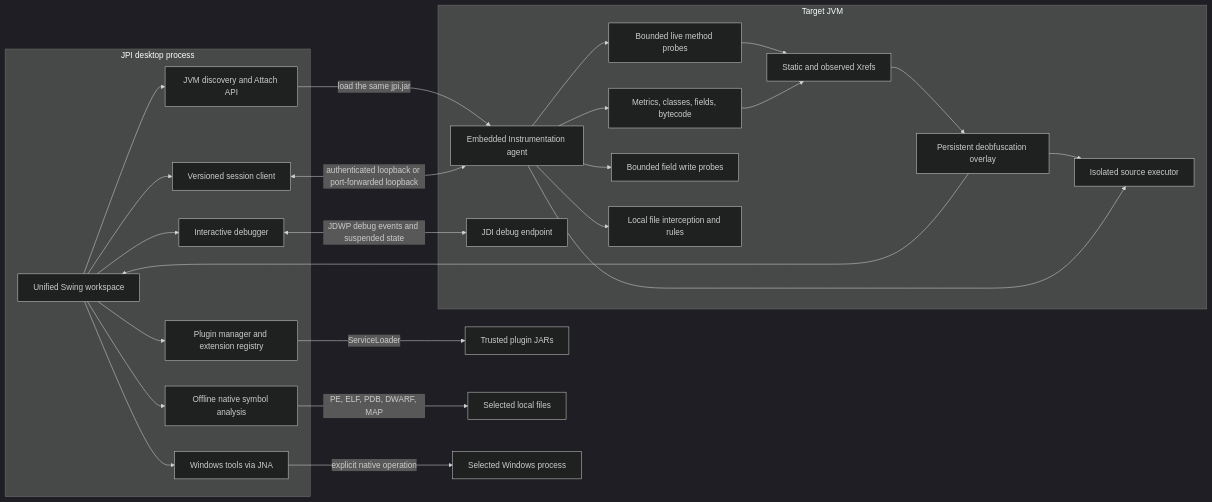
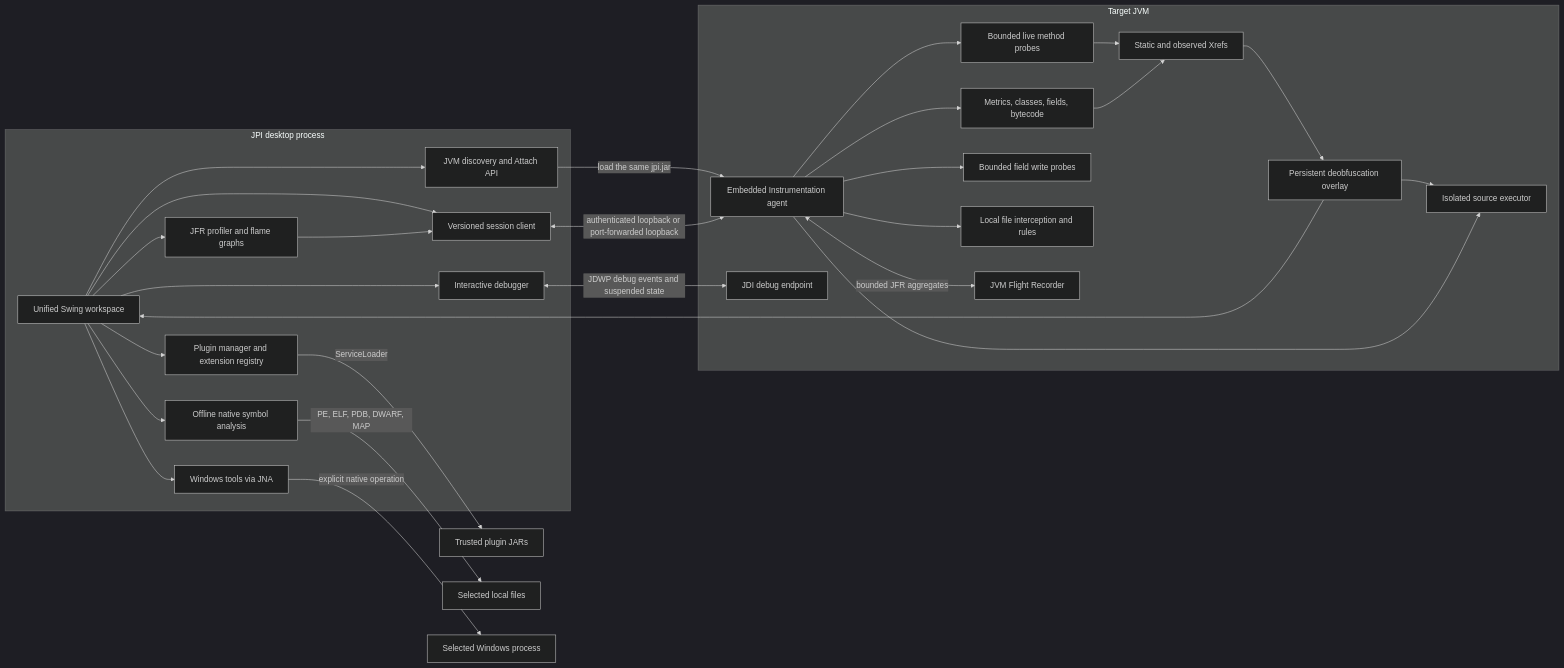
The diagram in README.md (0WhiteDev/Java-Process-Inspector), drawn with Mermaid (dark theme) before and after one commit. The commit also changed other lines of this file and 17 other files, not shown here.

Commit message:
feat: add JFR profiler with interactive flame graphs

````diff
--- a/README.md
+++ b/README.md
@@ -596,45 +617,50 @@
 ```mermaid
 flowchart LR
   subgraph controller [JPI desktop process]
     GUI[Unified Swing workspace]
     ATTACH[JVM discovery and Attach API]
     CLIENT[Versioned session client]
     WIN[Windows tools via JNA]
     SYMBOLS[Offline native symbol analysis]
     PLUGINS[Plugin manager and extension registry]
     DEBUGGER[Interactive debugger]
+    PROFILER[JFR profiler and flame graphs]
   end
   subgraph target [Target JVM]
     AGENT[Embedded Instrumentation agent]
     INSPECT[Metrics, classes, fields, bytecode]
     TRACE[Bounded live method probes]
     FIELD[Bounded field write probes]
     FILEIO[Local file interception and rules]
     XREF[Static and observed Xrefs]
     MAP[Persistent deobfuscation overlay]
     EXEC[Isolated source executor]
     JDWP[JDI debug endpoint]
+    JFR[JVM Flight Recorder]
   end
   GUI --> ATTACH
   GUI --> DEBUGGER
+  GUI --> PROFILER
   DEBUGGER <-->|JDWP debug events and suspended state| JDWP
   ATTACH -->|load the same jpi.jar| AGENT
   GUI --> CLIENT
   CLIENT <-->|authenticated loopback or port-forwarded loopback| AGENT
   AGENT --> INSPECT
   AGENT --> TRACE
   AGENT --> FIELD
   AGENT --> FILEIO
+  AGENT <-->|bounded JFR aggregates| JFR
+  PROFILER --> CLIENT
   TRACE --> XREF
   INSPECT --> XREF
   XREF --> MAP
   MAP --> GUI
   MAP --> EXEC
   AGENT --> EXEC
   GUI --> WIN
   GUI --> SYMBOLS
   GUI --> PLUGINS
   PLUGINS -->|ServiceLoader| JARS[Trusted plugin JARs]
   SYMBOLS -->|PE, ELF, PDB, DWARF, MAP| FILES[Selected local files]
   WIN -->|explicit native operation| OS[Selected Windows process]
 ```
````
